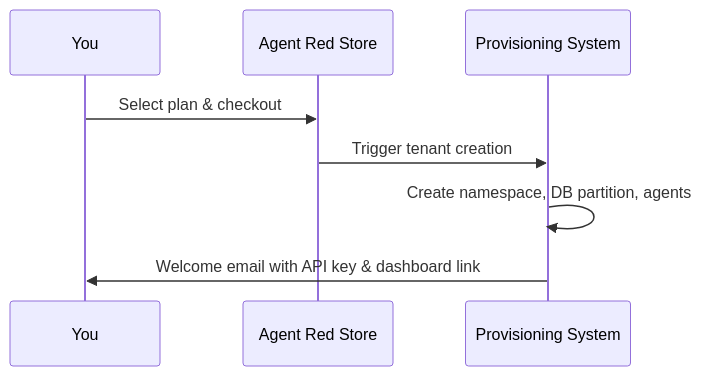
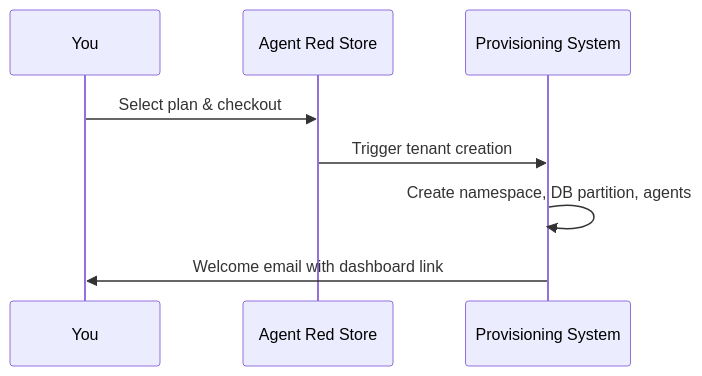
The second of 7 diagrams in docs-site/docs/getting-started/setup.md (Remaker-Digital/groundtruth-kb), drawn with Mermaid before and after one commit. The commit also changed other lines of this file and 44 other files, not shown here.

````diff
--- a/docs-site/docs/getting-started/setup.md
+++ b/docs-site/docs/getting-started/setup.md
@@ -52,11 +52,11 @@
 ```mermaid
 sequenceDiagram
     participant You
     participant Store as Agent Red Store
     participant Prov as Provisioning System
 
     You->>Store: Select plan & checkout
     Store->>Prov: Trigger tenant creation
     Prov->>Prov: Create namespace, DB partition, agents
-    Prov->>You: Welcome email with API key & dashboard link
+    Prov->>You: Welcome email with dashboard link
 ```
````
